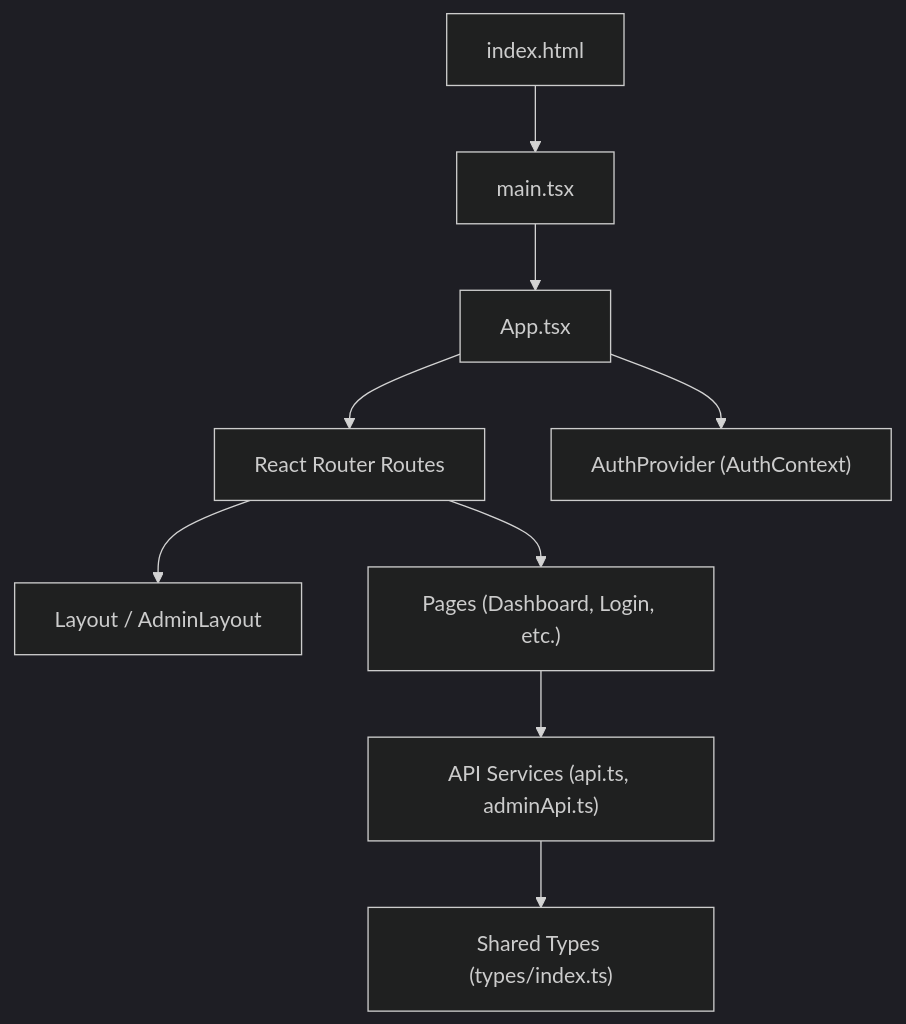
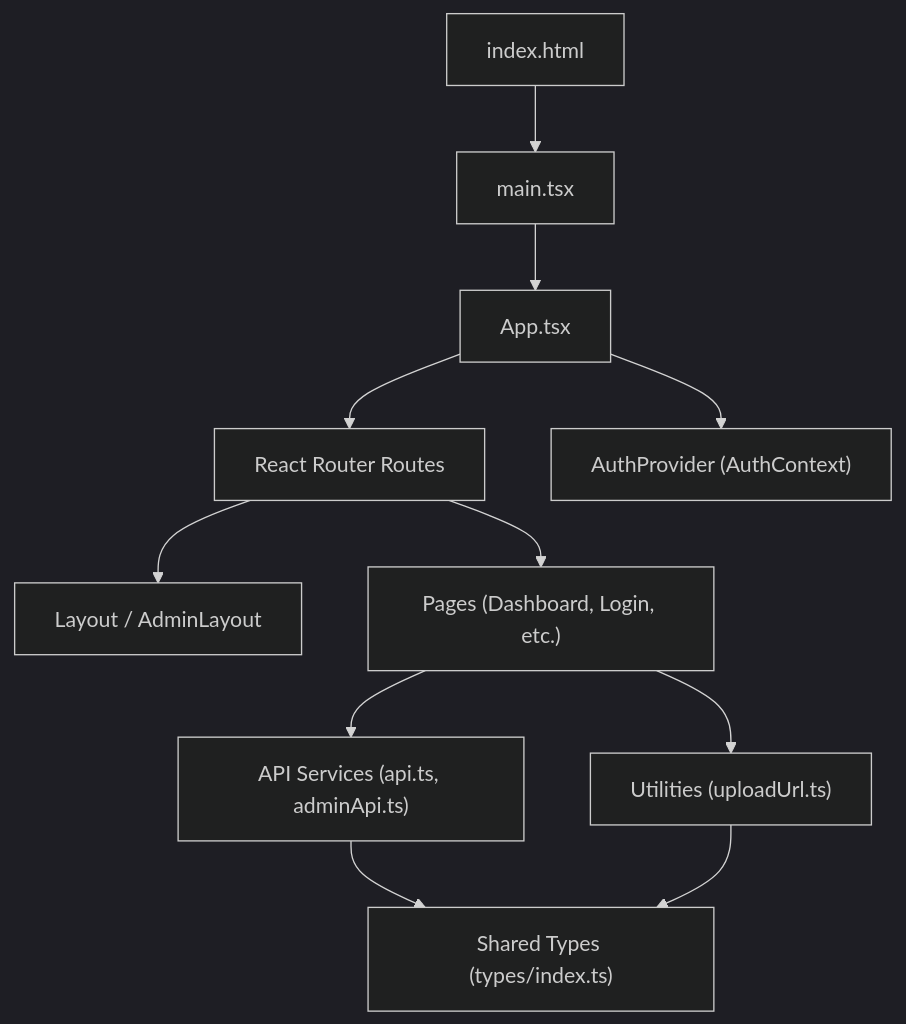
The first of 11 diagrams in .qoder/repowiki/en/content/Frontend Documentation/Frontend Documentation.md (NaveenHiranya/Smart-Vehicle-Insurance-Claim-System), drawn with Mermaid (dark theme) before and after one commit. The commit also changed other lines of this file and 13 other files, not shown here.

````diff
--- a/.qoder/repowiki/en/content/Frontend Documentation/Frontend Documentation.md
+++ b/.qoder/repowiki/en/content/Frontend Documentation/Frontend Documentation.md
@@ -41,11 +53,13 @@
 ```mermaid
 graph TB
 HTML["index.html"] --> MAIN["main.tsx"]
 MAIN --> APP["App.tsx"]
 APP --> ROUTER["React Router Routes"]
 APP --> AUTH["AuthProvider (AuthContext)"]
 ROUTER --> LAYOUTS["Layout / AdminLayout"]
 ROUTER --> PAGES["Pages (Dashboard, Login, etc.)"]
 PAGES --> SERVICES["API Services (api.ts, adminApi.ts)"]
+PAGES --> UTILS["Utilities (uploadUrl.ts)"]
 SERVICES --> TYPES["Shared Types (types/index.ts)"]
+UTILS --> TYPES
 ```
````
